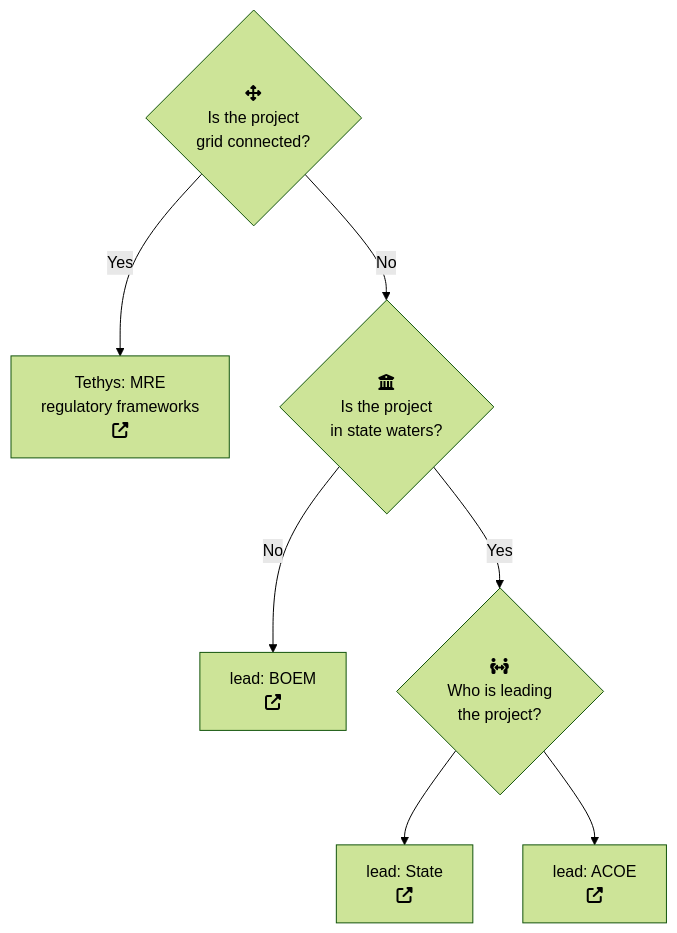
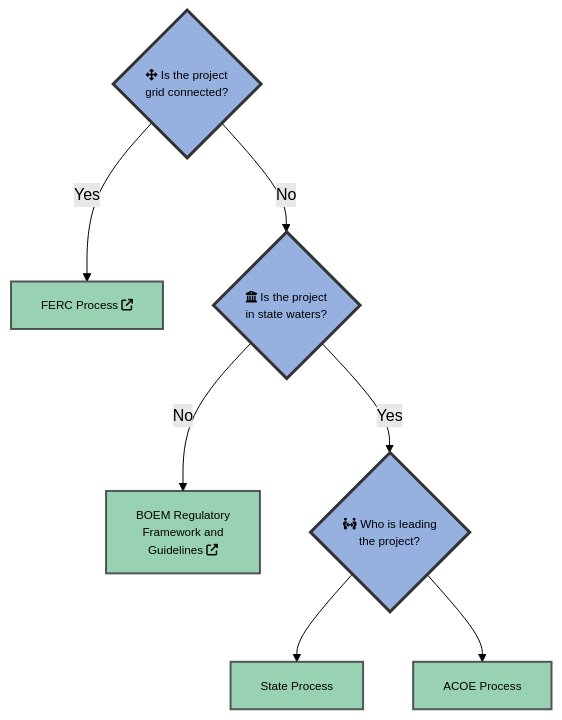
One commit to marineenergy/www changed the diagram in diagrams/regs.mmd. Above: the diagram before and after it, drawn with Mermaid (forest theme). The commit also changed 76 other files, not shown here.

```diff
--- a/diagrams/regs.mmd
+++ b/diagrams/regs.mmd
@@ -1,20 +1,31 @@
+%% edit with https://mermaid-js.github.io/mermaid-live-editor
+
 graph TD
-grid{<center>fa:fa-arrows-alt</center>Is the project<br>grid connected?}
-tethys[Tethys: MRE<br/>regulatory frameworks<center>fas:fa-external-link-alt</center>]
-territory{<center>fa:fa-institution</center>Is the project<br>in state waters?}
-boem[lead: BOEM<center>fas:fa-external-link-alt</center>]
-lead{<center>fas:fa-people-arrows</center>Who is leading<br>the project?}
-state[lead: State<center>fas:fa-external-link-alt</center>]
-acoe[lead: ACOE<center>fas:fa-external-link-alt</center>]
+grid{fa:fa-arrows-alt Is the project<br>grid connected?}
+ferc[FERC Process fas:fa-external-link]
+territory{fa:fa-institution Is the project<br>in state waters?}
+boem[BOEM Regulatory <br>Framework and <br>Guidelines fas:fa-external-link-alt]
+lead{fa:fa-people-arrows Who is leading<br>the project?}
+state[State Process]
+acoe[ACOE Process]
 
-grid-->|Yes|tethys
+grid-->|Yes|ferc
 grid-->|No|territory
 territory-->|Yes|lead
 territory-->|No|boem
 lead --> state
 lead --> acoe
 
-click tethys "https://tethys.pnnl.gov/regulatory-frameworks-marine-renewable-energy#United%20States%20of%20America"
+click ferc "./regs-ferc.html"
 click acoe "./regs-acoe.html"
 click state "./regs-state.html"
-click boem "./regs-boem.html"
+click boem "https://www.boem.gov/renewable-energy/regulatory-framework-and-guidelines" _blank
+
+classDef endNode fill:#99d1b3,stroke:#333,stroke-width:2px,font-size:90%,line-height:1.5,stroke-opacity:0.8;
+classDef endNode:hover fill:#75a189;
+classDef endNode:active fill:#75a189;
+
+classDef decisionNode fill:#96b0e0,stroke:#333,stroke-width:3px,font-size:90%,line-height:1.5;
+
+class ferc,acoe,state,boem endNode
+class grid,territory,lead decisionNode
```
